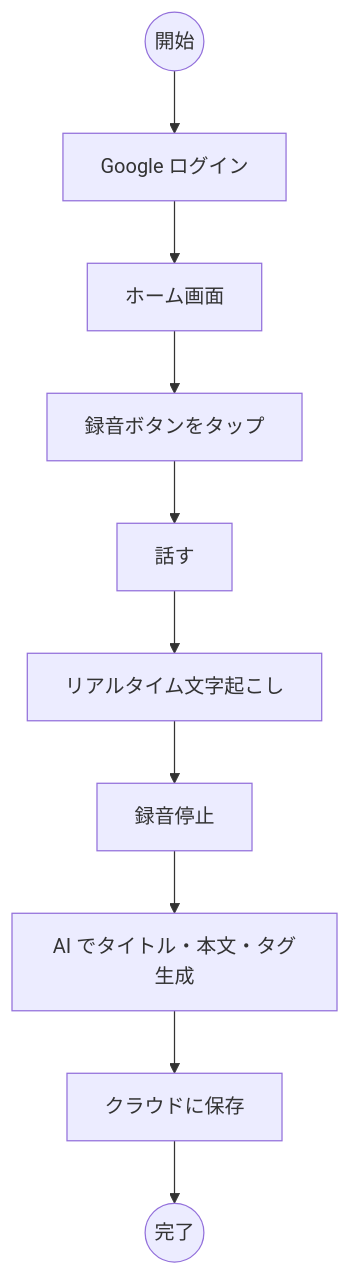
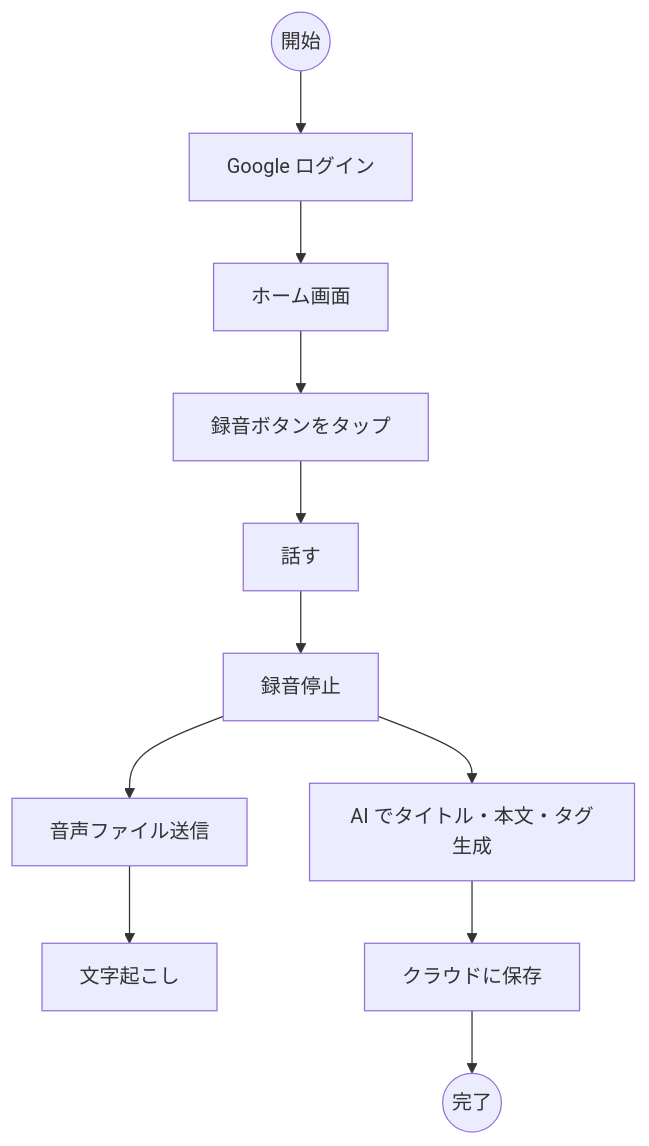
One commit to assari-harassment/voicebooklm-docs changed the first of 2 diagrams in src/Voicememo-activity.md. Above: the diagram before and after it, drawn with Mermaid. The commit also changed other lines of this file and 6 other files, not shown here.

````diff
--- a/src/Voicememo-activity.md
+++ b/src/Voicememo-activity.md
@@ -5,13 +5,14 @@
 ```mermaid
 flowchart TD
     Start((開始))
     Start --> Login[Google ログイン]
     Login --> Home[ホーム画面]
     Home --> Record[録音ボタンをタップ]
     Record --> Speaking[話す]
-    Speaking --> Transcribe[リアルタイム文字起こし]
-    Transcribe --> Stop[録音停止]
+    Speaking --> Stop[録音停止]
+    Stop --> Upload[音声ファイル送信]
+    Upload --> Transcribe[文字起こし]
     Stop --> AI[AI でタイトル・本文・タグ生成]
     AI --> Save[クラウドに保存]
     Save --> Done((完了))
 ```
````
